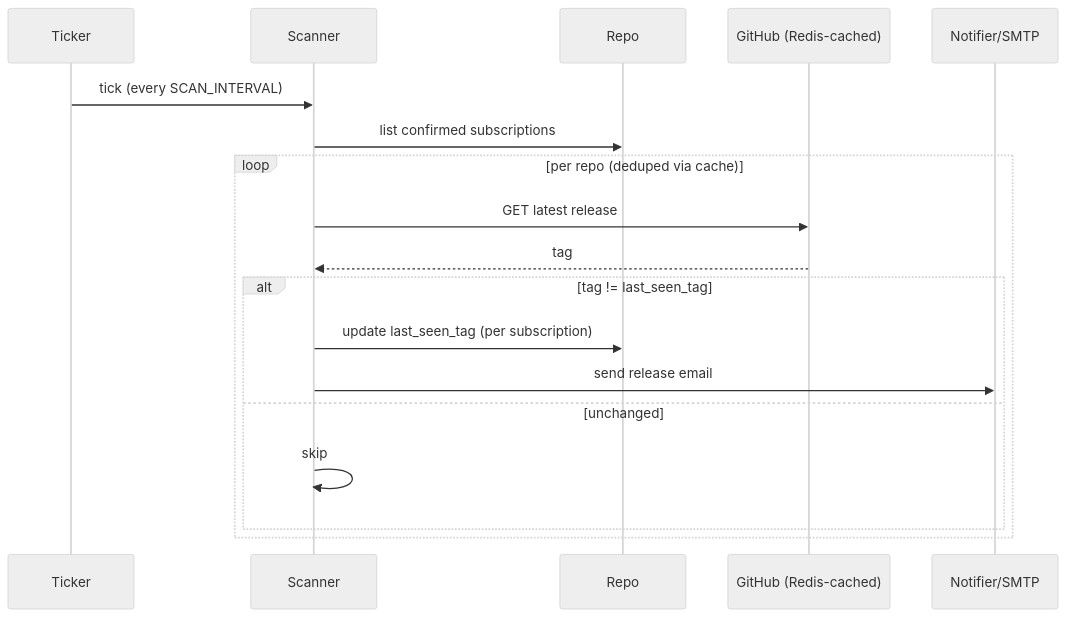
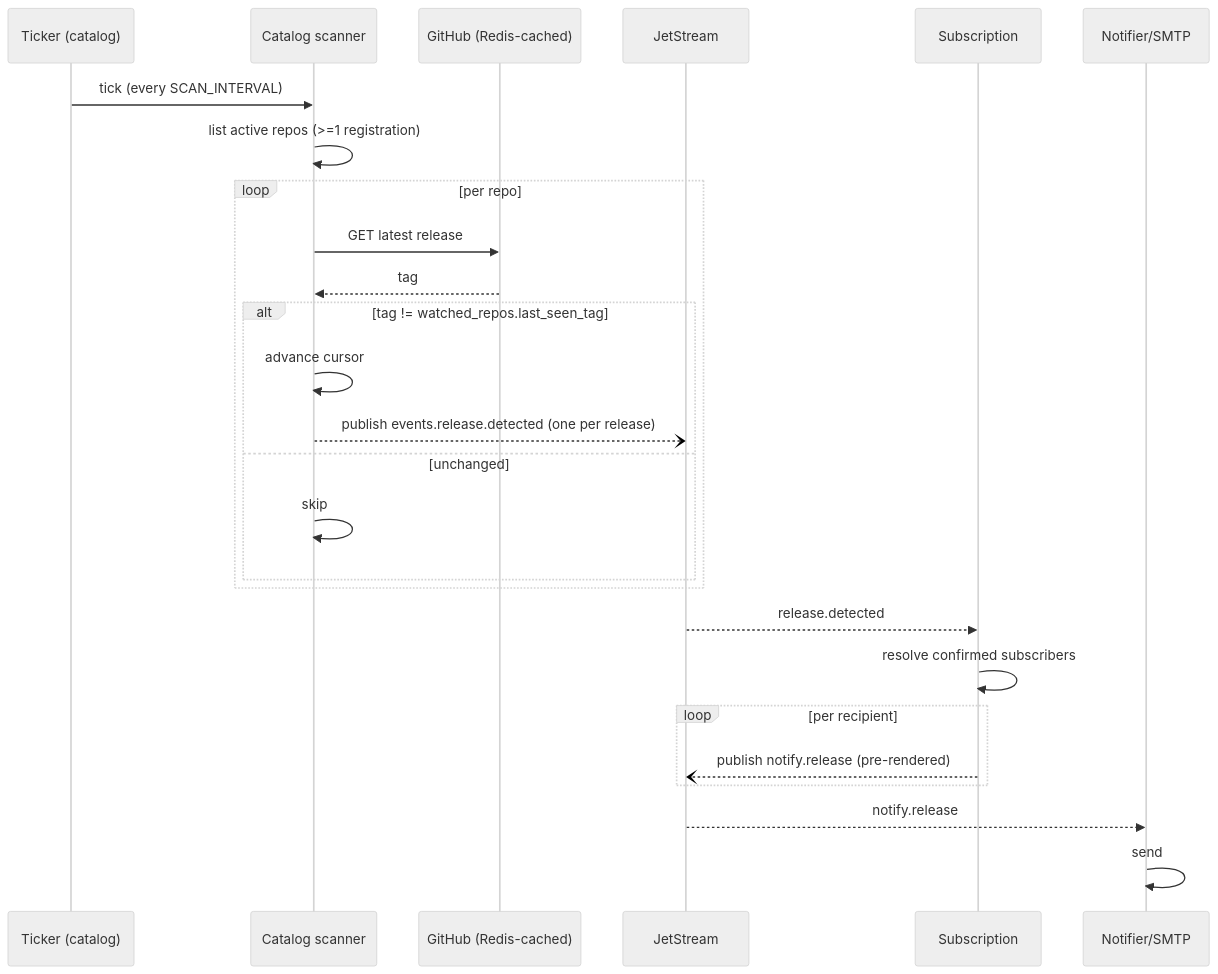
One commit to GenesisEducationKyiv/software-engineering-school-6-0-Andriy-Sydorenko changed the third of 4 diagrams in docs/system-design.md. Above: the diagram before and after it, drawn with Mermaid (neutral theme). The commit also changed other lines of this file and 9 other files, not shown here.

````diff
--- a/docs/system-design.md
+++ b/docs/system-design.md
@@ -161,21 +242,29 @@
 ```mermaid
 sequenceDiagram
-    participant T as Ticker
-    participant Sc as Scanner
-    participant Repo
+    participant T as Ticker (catalog)
+    participant Sc as Catalog scanner
     participant GH as GitHub (Redis-cached)
-    participant Mail as Notifier/SMTP
+    participant J as JetStream
+    participant S as Subscription
+    participant N as Notifier/SMTP
 
     T->>Sc: tick (every SCAN_INTERVAL)
-    Sc->>Repo: list confirmed subscriptions
-    loop per repo (deduped via cache)
+    Sc->>Sc: list active repos (>=1 registration)
+    loop per repo
       Sc->>GH: GET latest release
       GH-->>Sc: tag
-      alt tag != last_seen_tag
-        Sc->>Repo: update last_seen_tag (per subscription)
-        Sc->>Mail: send release email
+      alt tag != watched_repos.last_seen_tag
+        Sc->>Sc: advance cursor
+        Sc--)J: publish events.release.detected (one per release)
       else unchanged
         Sc->>Sc: skip
       end
     end
+    J-->>S: release.detected
+    S->>S: resolve confirmed subscribers
+    loop per recipient
+      S--)J: publish notify.release (pre-rendered)
+    end
+    J-->>N: notify.release
+    N->>N: send
 ```
````
